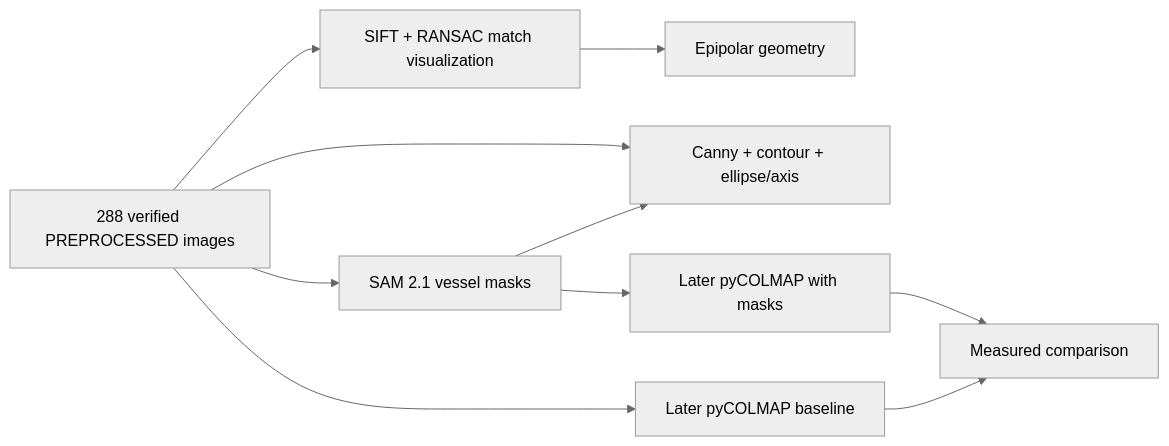
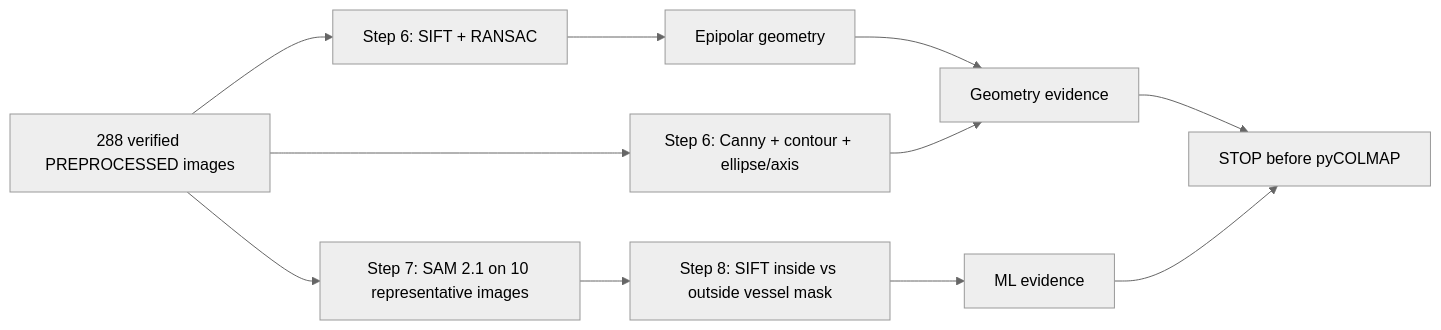
The diagram in README.md (PracticalSwan/thai-libation-brass-vessel-3d-reconstruction), drawn with Mermaid (neutral theme) before and after one commit. The commit also changed other lines of this file and 10 other files, not shown here.

````diff
--- a/README.md
+++ b/README.md
@@ -48,12 +59,13 @@
 ```mermaid
 flowchart LR
-    A[288 verified PREPROCESSED images] --> B[SIFT + RANSAC match visualization]
+    A[288 verified PREPROCESSED images] --> B[Step 6: SIFT + RANSAC]
     B --> C[Epipolar geometry]
-    A --> D[Canny + contour + ellipse/axis]
-    A --> E[SAM 2.1 vessel masks]
-    E --> D
-    A --> F[Later pyCOLMAP baseline]
-    E --> G[Later pyCOLMAP with masks]
-    F --> H[Measured comparison]
-    G --> H
+    A --> D[Step 6: Canny + contour + ellipse/axis]
+    A --> E[Step 7: SAM 2.1 on 10 representative images]
+    E --> F[Step 8: SIFT inside vs outside vessel mask]
+    C --> G[Geometry evidence]
+    D --> G
+    F --> H[ML evidence]
+    G --> I[STOP before pyCOLMAP]
+    H --> I
 ```
````
